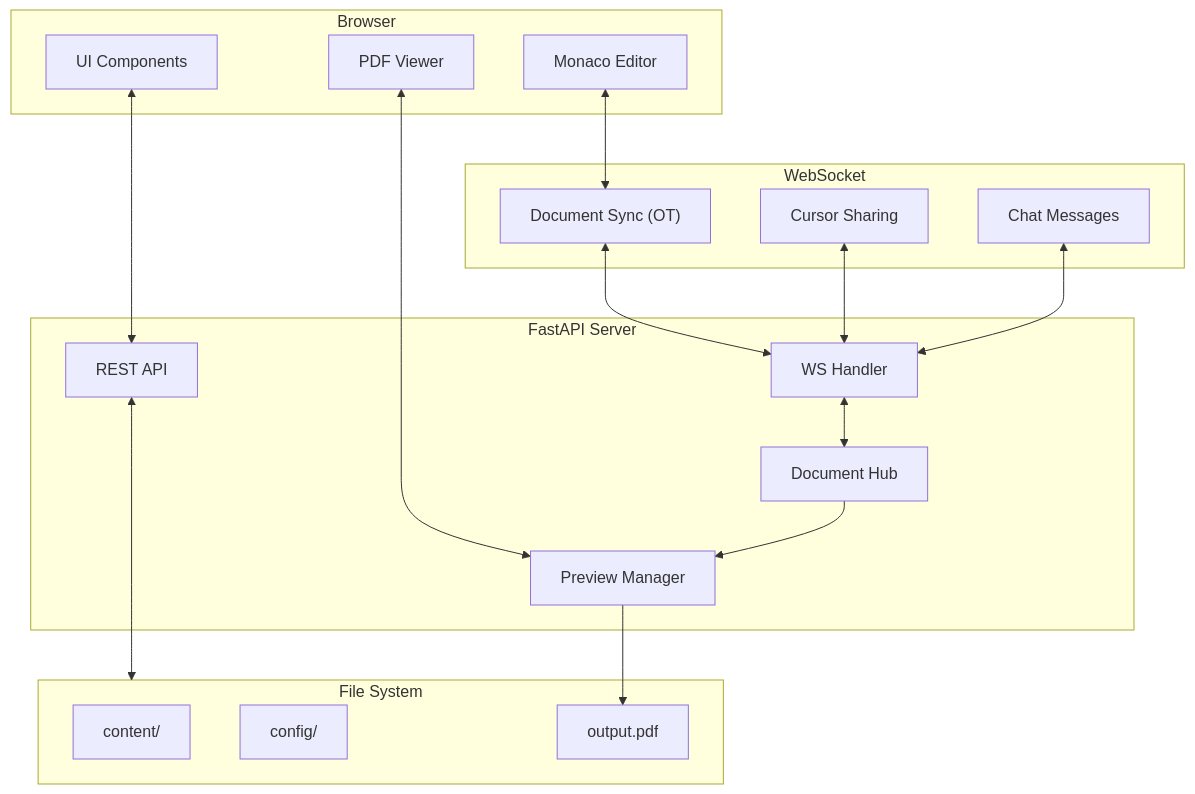
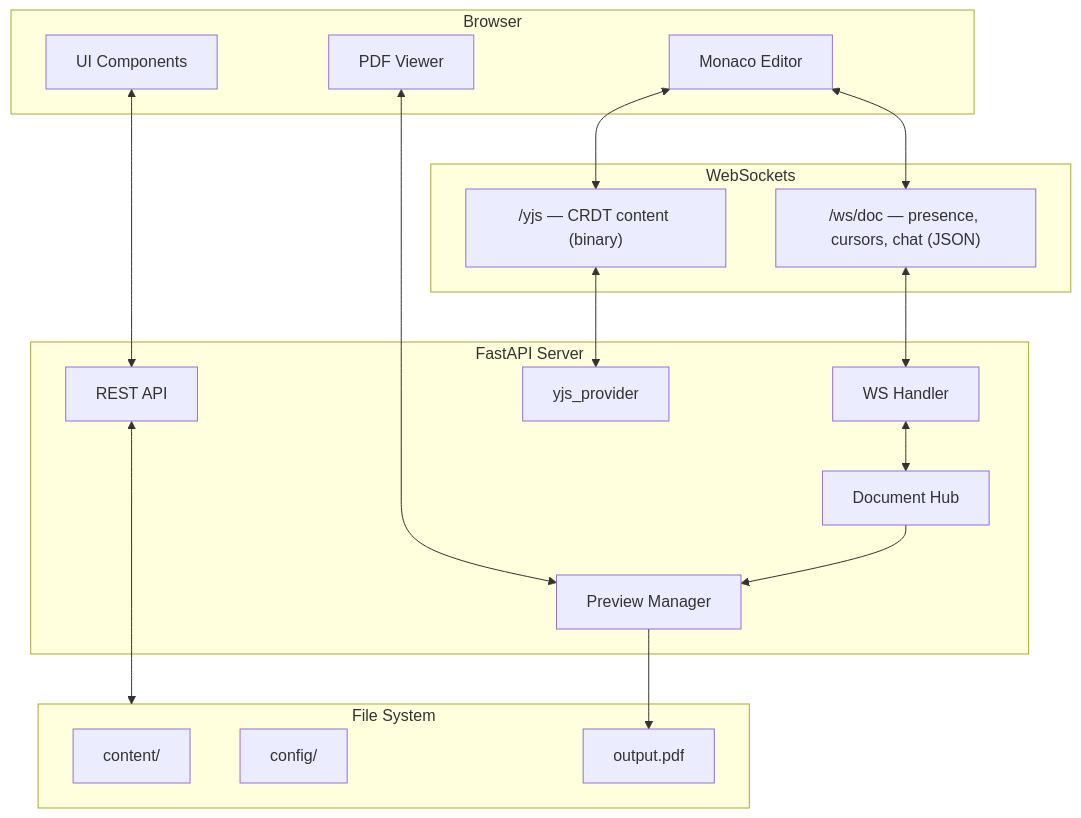
The third of 5 diagrams in docs/architecture/gui-stack.md (sihooleebd/noteworthy), drawn with Mermaid before and after one commit. The commit also changed other lines of this file and 11 other files, not shown here.

````diff
--- a/docs/architecture/gui-stack.md
+++ b/docs/architecture/gui-stack.md
@@ -97,40 +98,40 @@
 ```mermaid
 graph TB
     subgraph Browser["Browser"]
         Monaco["Monaco Editor"]
         PDFViewer["PDF Viewer"]
         UI["UI Components"]
     end
 
-    subgraph WebSocket["WebSocket"]
-        DocSync["Document Sync (OT)"]
-        Cursors["Cursor Sharing"]
-        Chat["Chat Messages"]
+    subgraph WebSocket["WebSockets"]
+        YjsSock["/yjs — CRDT content (binary)"]
+        DocSock["/ws/doc — presence, cursors, chat (JSON)"]
     end
 
     subgraph Server["FastAPI Server"]
         Routes["REST API"]
         WSHandler["WS Handler"]
         Hub["Document Hub"]
+        Provider["yjs_provider"]
         Preview["Preview Manager"]
     end
 
     subgraph FileSystem["File System"]
         Content["content/"]
         Config["config/"]
         Output["output.pdf"]
     end
 
-    Monaco <--> DocSync
+    Monaco <--> YjsSock
+    Monaco <--> DocSock
     PDFViewer <--> Preview
     UI <--> Routes
-    
-    DocSync <--> WSHandler
-    Cursors <--> WSHandler
-    Chat <--> WSHandler
-    
+
+    YjsSock <--> Provider["yjs_provider"]
+    DocSock <--> WSHandler
+
     WSHandler <--> Hub
     Routes <--> FileSystem
     Hub --> Preview
     Preview --> Output
 ```
````
